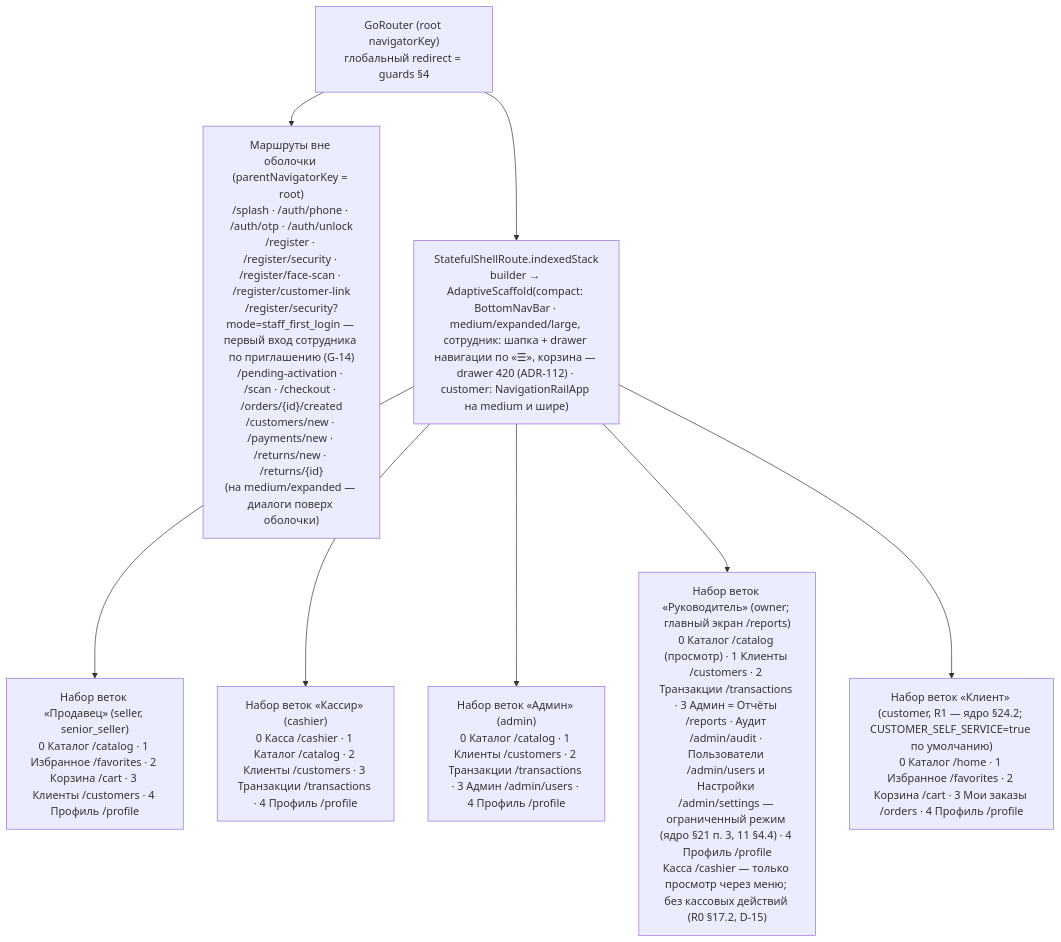
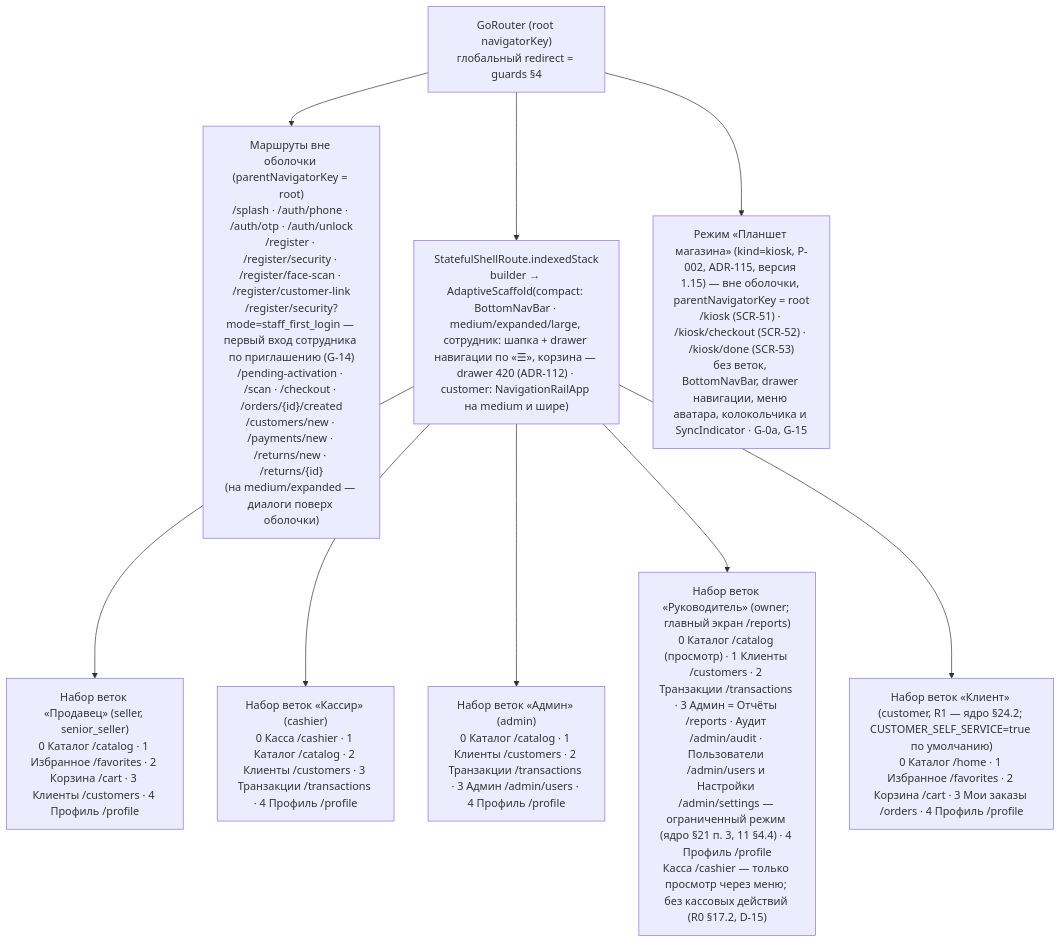
One commit to adhamjon100/optomstroy changed the first of 5 diagrams in docs/specification/visual/navigation.md. Above: the diagram before and after it, drawn with Mermaid. The commit also changed other lines of this file and 532 other files, not shown here.

````diff
--- a/docs/specification/visual/navigation.md
+++ b/docs/specification/visual/navigation.md
@@ -50,11 +51,12 @@
 ```mermaid
 flowchart TB
   ROOT["GoRouter (root navigatorKey)<br/>глобальный redirect = guards §4"]
   ROOT --> TOP["Маршруты вне оболочки (parentNavigatorKey = root)<br/>/splash · /auth/phone · /auth/otp · /auth/unlock<br/>/register · /register/security · /register/face-scan · /register/customer-link<br/>/register/security?mode=staff_first_login — первый вход сотрудника по приглашению (G-14)<br/>/pending-activation · /scan · /checkout · /orders/{id}/created<br/>/customers/new · /payments/new · /returns/new · /returns/{id}<br/>(на medium/expanded — диалоги поверх оболочки)"]
   ROOT --> SHELL["StatefulShellRoute.indexedStack<br/>builder → AdaptiveScaffold(compact: BottomNavBar · medium/expanded/large, сотрудник: шапка + drawer навигации по «☰», корзина — drawer 420 (ADR-112) · customer: NavigationRailApp на medium и шире)"]
   SHELL --> SELLER["Набор веток «Продавец» (seller, senior_seller)<br/>0 Каталог /catalog · 1 Избранное /favorites · 2 Корзина /cart · 3 Клиенты /customers · 4 Профиль /profile"]
   SHELL --> CASHIER["Набор веток «Кассир» (cashier)<br/>0 Касса /cashier · 1 Каталог /catalog · 2 Клиенты /customers · 3 Транзакции /transactions · 4 Профиль /profile"]
   SHELL --> ADMIN["Набор веток «Админ» (admin)<br/>0 Каталог /catalog · 1 Клиенты /customers · 2 Транзакции /transactions · 3 Админ /admin/users · 4 Профиль /profile"]
   SHELL --> OWNER["Набор веток «Руководитель» (owner; главный экран /reports)<br/>0 Каталог /catalog (просмотр) · 1 Клиенты /customers · 2 Транзакции /transactions · 3 Админ = Отчёты /reports · Аудит /admin/audit · Пользователи /admin/users и Настройки /admin/settings — ограниченный режим (ядро §21 п. 3, 11 §4.4) · 4 Профиль /profile<br/>Касса /cashier — только просмотр через меню; без кассовых действий (R0 §17.2, D-15)"]
   SHELL --> CUST["Набор веток «Клиент» (customer, R1 — ядро §24.2; CUSTOMER_SELF_SERVICE=true по умолчанию)<br/>0 Каталог /home · 1 Избранное /favorites · 2 Корзина /cart · 3 Мои заказы /orders · 4 Профиль /profile"]
+  ROOT --> KIOSK["Режим «Планшет магазина» (kind=kiosk, P-002, ADR-115, версия 1.15) — вне оболочки, parentNavigatorKey = root<br/>/kiosk (SCR-51) · /kiosk/checkout (SCR-52) · /kiosk/done (SCR-53)<br/>без веток, BottomNavBar, drawer навигации, меню аватара, колокольчика и SyncIndicator · G-0a, G-15"]
 ```
````
